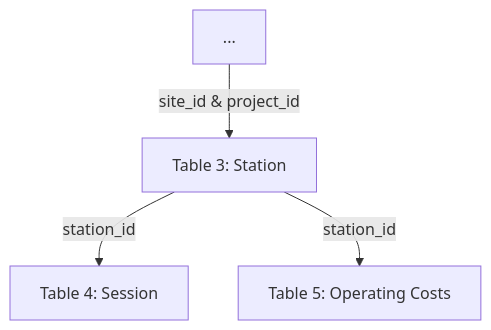
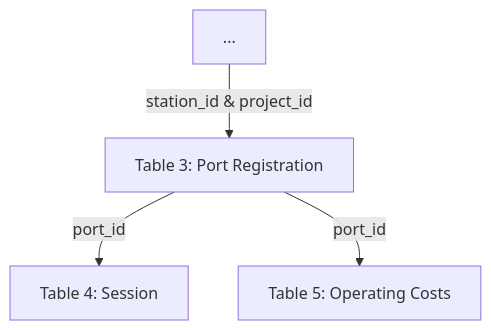
Before and after one commit to AtlasPublicPolicy/charging-use-spec: the second of 2 diagrams in core-specification/registration-and-session-data-reference.md, drawn with Mermaid. The commit also changed other lines of this file, not shown here.

Commit message:
Major revision to tables to align with NEVI Part 680 Rules. Includes new uptime and outage tables. Site changed to station to conform with federal nomenclature Station changed to port to conform with federal nomenclature

````diff
--- a/core-specification/registration-and-session-data-reference.md
+++ b/core-specification/registration-and-session-data-reference.md
@@ -151,11 +165,11 @@
 ```mermaid
 graph TD
 
 A[...]
-B[Table 3: Station]
+B[Table 3: Port Registration]
 C[Table 4: Session]
 D[Table 5: Operating Costs]
-A --site_id & project_id--> B
-B --station_id--> C
-B --station_id--> D 
+A --station_id & project_id--> B
+B --port_id--> C
+B --port_id--> D 
 ```
````
